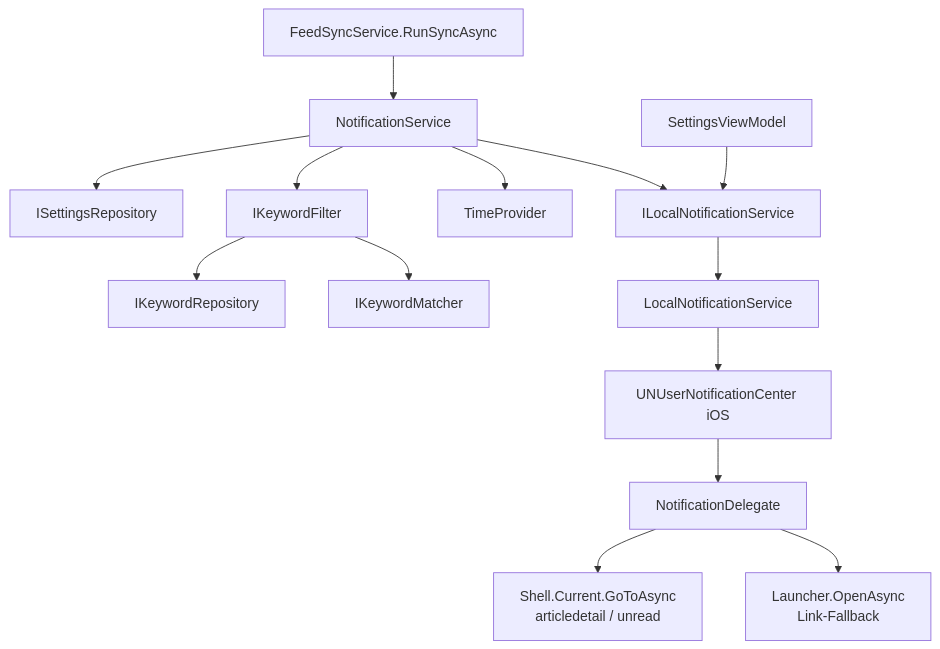
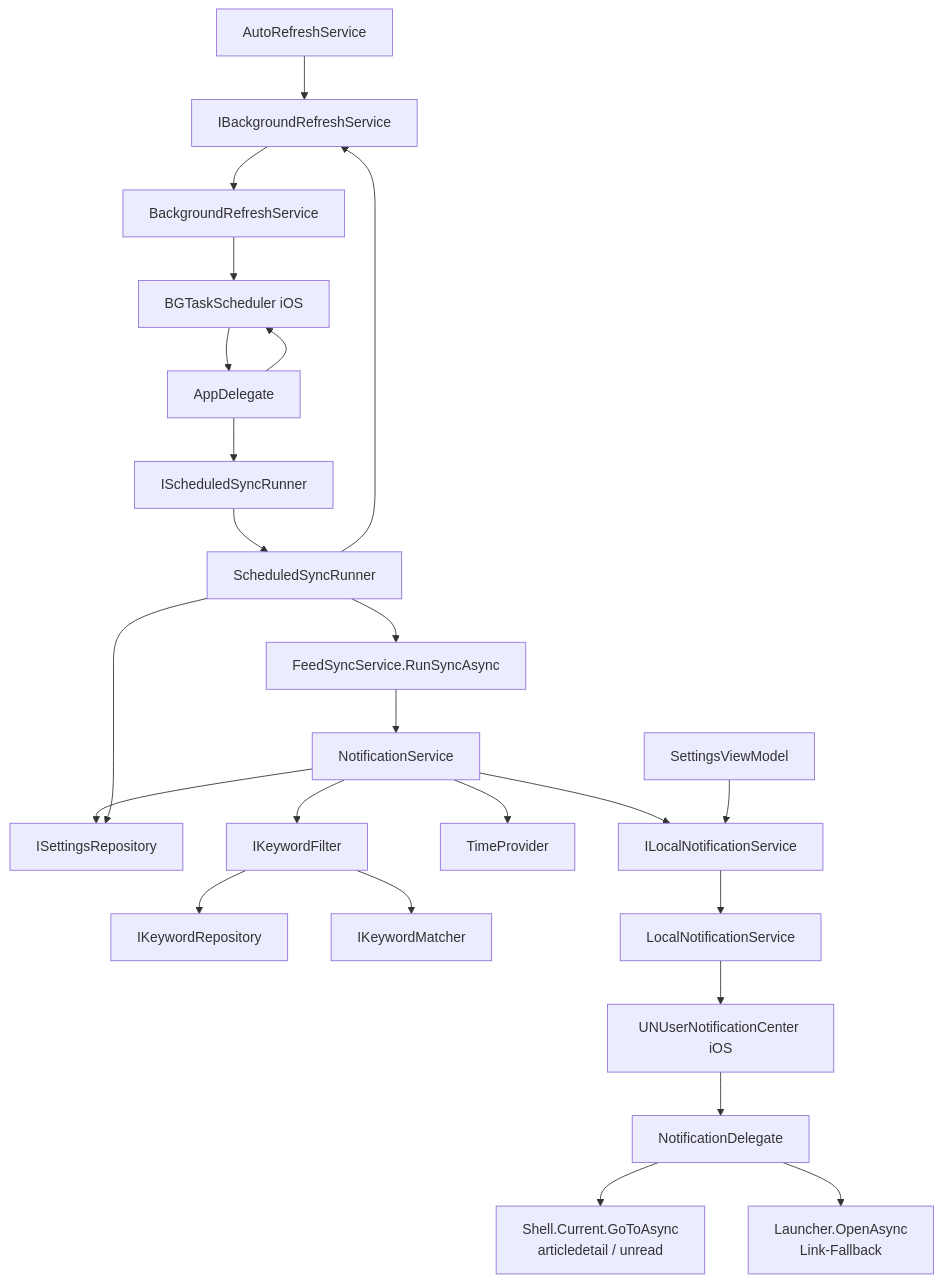
Before and after one commit to martin-stromberg/Reporter: the diagram in docs/help/benachrichtigungen/architektur.md, drawn with Mermaid. The commit also changed other lines of this file and 51 other files, not shown here.

````diff
--- a/docs/help/benachrichtigungen/architektur.md
+++ b/docs/help/benachrichtigungen/architektur.md
@@ -32,16 +36,26 @@
 ```mermaid
 graph TD
     FS[FeedSyncService.RunSyncAsync] --> NS[NotificationService]
     NS --> SR[ISettingsRepository]
     NS --> KF[IKeywordFilter]
     KF --> KR[IKeywordRepository]
     KF --> KM[IKeywordMatcher]
     NS --> TP[TimeProvider]
     NS --> LNS[ILocalNotificationService]
     SVM[SettingsViewModel] --> LNS
     LNS --> LNSI[LocalNotificationService]
     LNSI --> UNC[UNUserNotificationCenter iOS]
     UNC --> ND[NotificationDelegate]
     ND --> SH[Shell.Current.GoToAsync<br/>articledetail / unread]
     ND --> LAU[Launcher.OpenAsync<br/>Link-Fallback]
+    ARS[AutoRefreshService] --> BRS[IBackgroundRefreshService]
+    BRS --> BRSI[BackgroundRefreshService]
+    BRSI --> BGT[BGTaskScheduler iOS]
+    AD[AppDelegate] --> BGT
+    BGT --> AD
+    AD --> SSR[IScheduledSyncRunner]
+    SSR --> SSRI[ScheduledSyncRunner]
+    SSRI --> BRS
+    SSRI --> FS
+    SSRI --> SR
 ```
````
